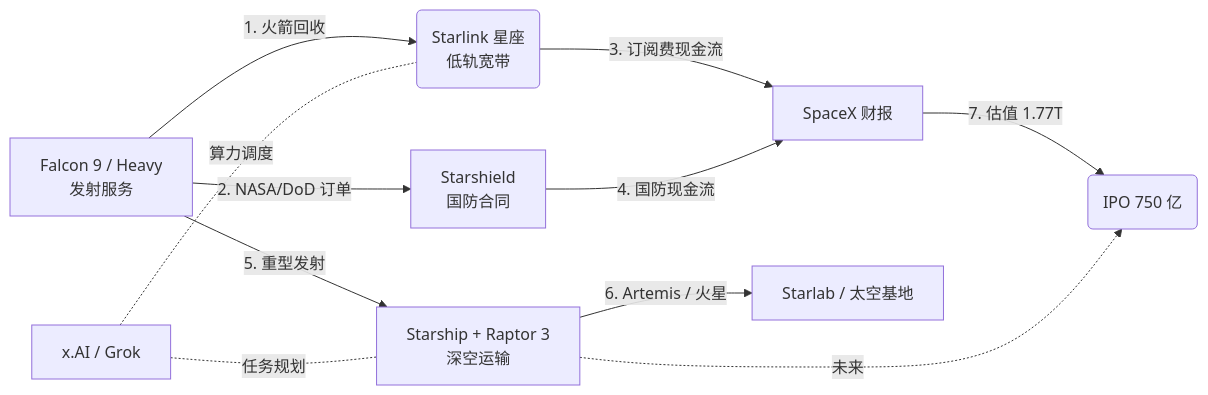
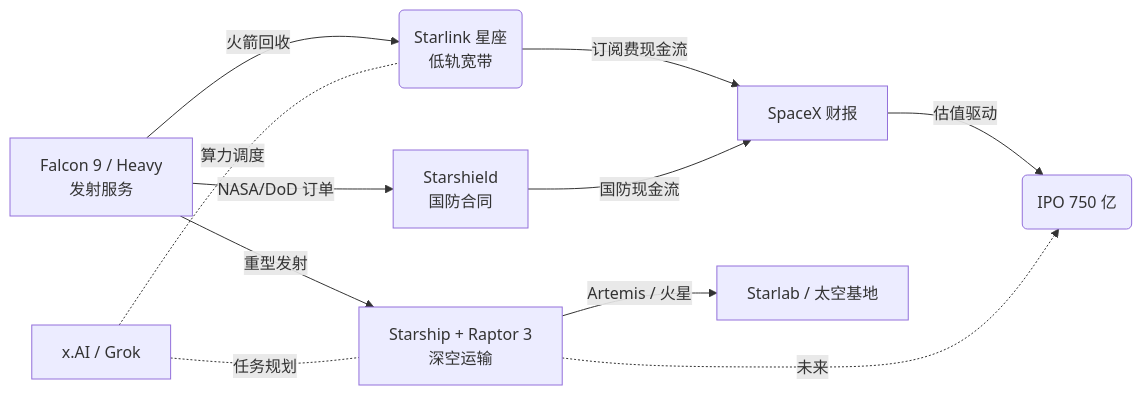
One commit to A1pha3/text-matrix changed the diagram in content/posts/video/spacex-rise-mars-ipo-2026.md. Above: the diagram before and after it, drawn with Mermaid. The commit also changed other lines of this file and 19 other files, not shown here.

````diff
--- a/content/posts/video/spacex-rise-mars-ipo-2026.md
+++ b/content/posts/video/spacex-rise-mars-ipo-2026.md
@@ -45,13 +34,13 @@
 ```mermaid
 flowchart LR
-  A[Falcon 9 / Heavy<br>发射服务] -->|1. 火箭回收| B(Starlink 星座<br>低轨宽带)
-  A -->|2. NASA/DoD 订单| C[Starshield<br>国防合同]
-  B -->|3. 订阅费现金流| D[SpaceX 财报]
-  C -->|4. 国防现金流| D
-  A -->|5. 重型发射| E[Starship + Raptor 3<br>深空运输]
-  E -->|6. Artemis / 火星| F[Starlab / 太空基地]
-  D -->|7. 估值 1.77T| G(IPO 750 亿)
+  A[Falcon 9 / Heavy<br>发射服务] -->|火箭回收| B(Starlink 星座<br>低轨宽带)
+  A -->|NASA/DoD 订单| C[Starshield<br>国防合同]
+  B -->|订阅费现金流| D[SpaceX 财报]
+  C -->|国防现金流| D
+  A -->|重型发射| E[Starship + Raptor 3<br>深空运输]
+  E -->|Artemis / 火星| F[Starlab / 太空基地]
+  D -->|估值驱动| G(IPO 750 亿)
   E -.未来.-> G
   X[x.AI / Grok] -.算力调度.- B
   X -.任务规划.- E
 ```
````
